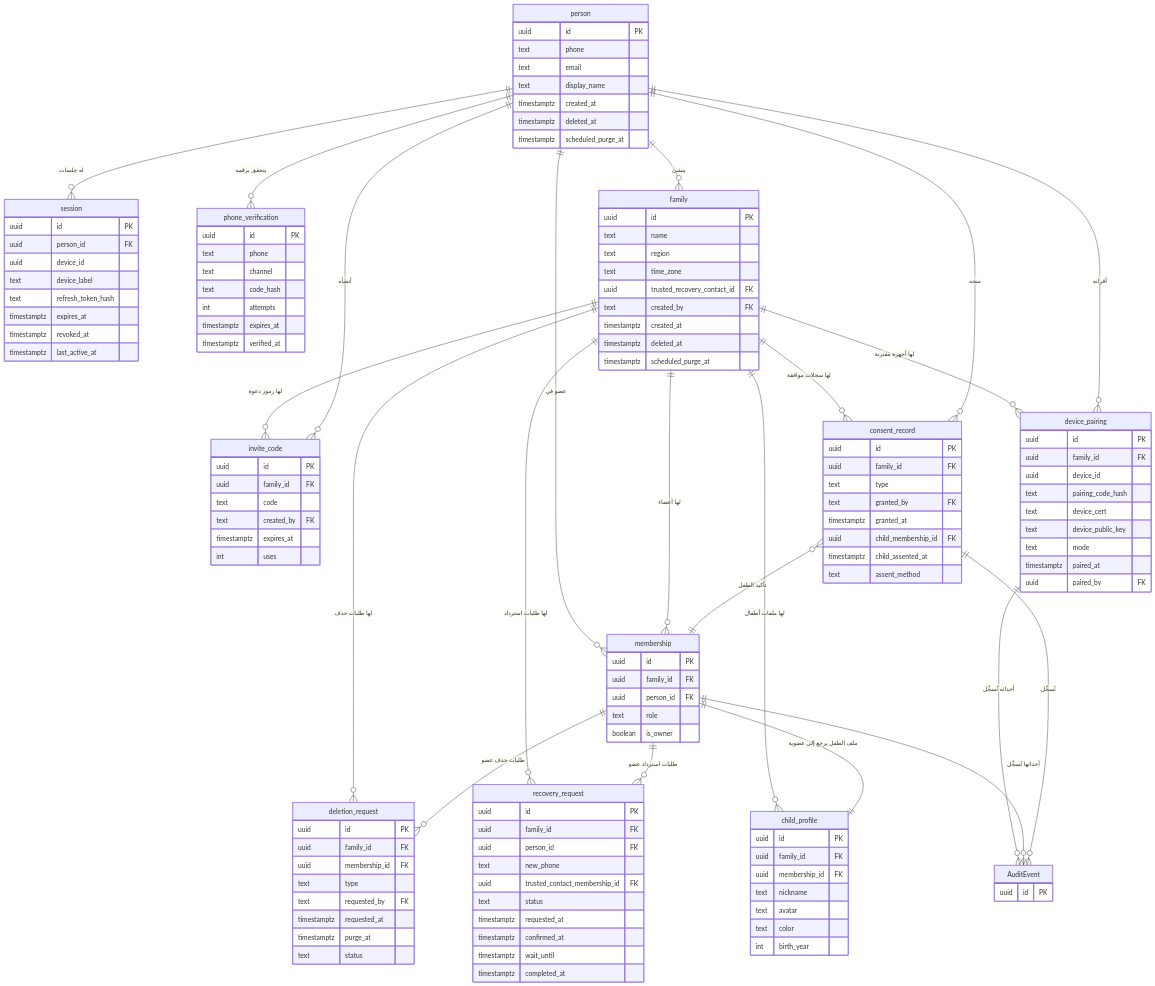
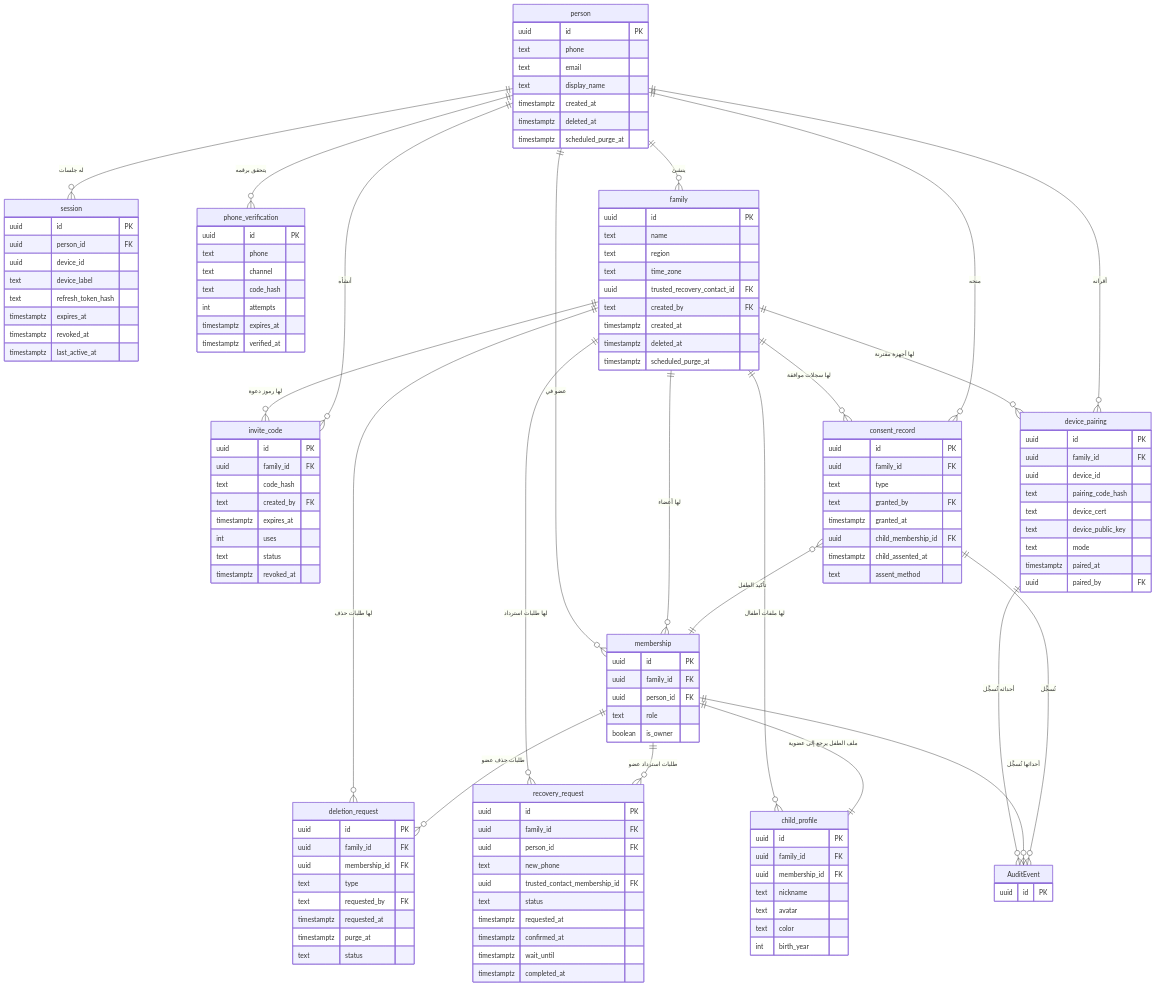
Before and after one commit to Bassam-mohammed-alqaeadi/family-os-v2: the second of 14 diagrams in docs/family-os/governance/phases/phase-1/S1-02-identity-and-onboarding/DIAGRAMS.md, drawn with Mermaid. The commit also changed 2 other files, not shown here.

Commit message:
B6: S1-01+S1-02 — أمن/خصوصية (بندان)

```diff
--- a/docs/family-os/governance/phases/phase-1/S1-02-identity-and-onboarding/DIAGRAMS.md
+++ b/docs/family-os/governance/phases/phase-1/S1-02-identity-and-onboarding/DIAGRAMS.md
@@ -163,10 +163,12 @@
     invite_code {
         uuid id PK
         uuid family_id FK
-        text code
+        text code_hash
         text created_by FK
         timestamptz expires_at
         int uses
+        text status
+        timestamptz revoked_at
     }
     child_profile {
         uuid id PK
```
